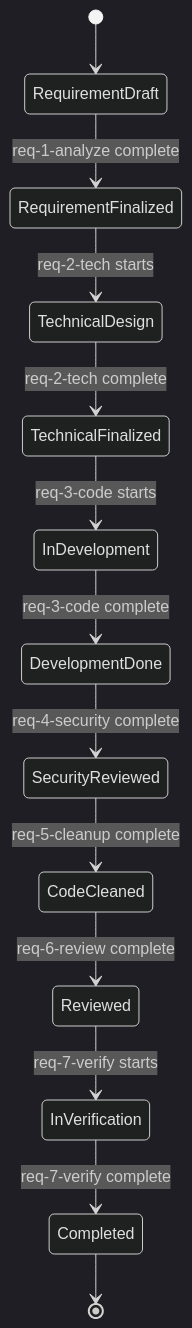
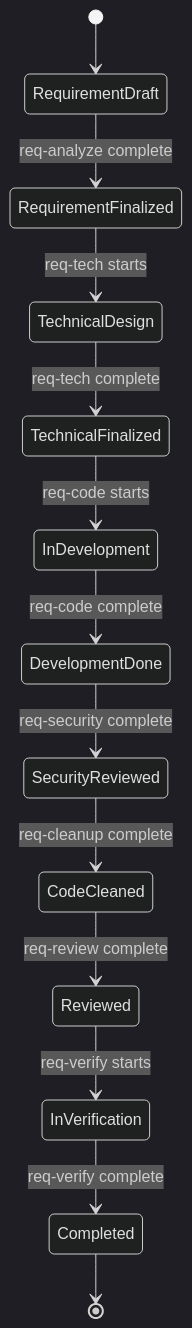
One commit to GOODDAYDAY/my-skills changed the first of 3 diagrams in _shared/status.md. Above: the diagram before and after it, drawn with Mermaid (dark theme). The commit also changed other lines of this file and 13 other files, not shown here.

````diff
--- a/_shared/status.md
+++ b/_shared/status.md
@@ -8,15 +8,15 @@
 ```mermaid
 stateDiagram-v2
     [*] --> RequirementDraft
-    RequirementDraft --> RequirementFinalized: req-1-analyze complete
-    RequirementFinalized --> TechnicalDesign: req-2-tech starts
-    TechnicalDesign --> TechnicalFinalized: req-2-tech complete
-    TechnicalFinalized --> InDevelopment: req-3-code starts
-    InDevelopment --> DevelopmentDone: req-3-code complete
-    DevelopmentDone --> SecurityReviewed: req-4-security complete
-    SecurityReviewed --> CodeCleaned: req-5-cleanup complete
-    CodeCleaned --> Reviewed: req-6-review complete
-    Reviewed --> InVerification: req-7-verify starts
-    InVerification --> Completed: req-7-verify complete
+    RequirementDraft --> RequirementFinalized: req-analyze complete
+    RequirementFinalized --> TechnicalDesign: req-tech starts
+    TechnicalDesign --> TechnicalFinalized: req-tech complete
+    TechnicalFinalized --> InDevelopment: req-code starts
+    InDevelopment --> DevelopmentDone: req-code complete
+    DevelopmentDone --> SecurityReviewed: req-security complete
+    SecurityReviewed --> CodeCleaned: req-cleanup complete
+    CodeCleaned --> Reviewed: req-review complete
+    Reviewed --> InVerification: req-verify starts
+    InVerification --> Completed: req-verify complete
     Completed --> [*]
 ```
````
